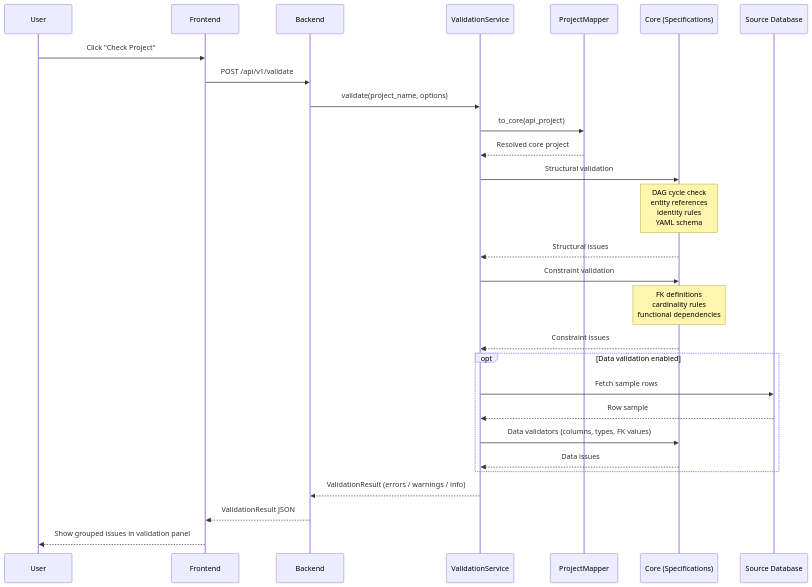
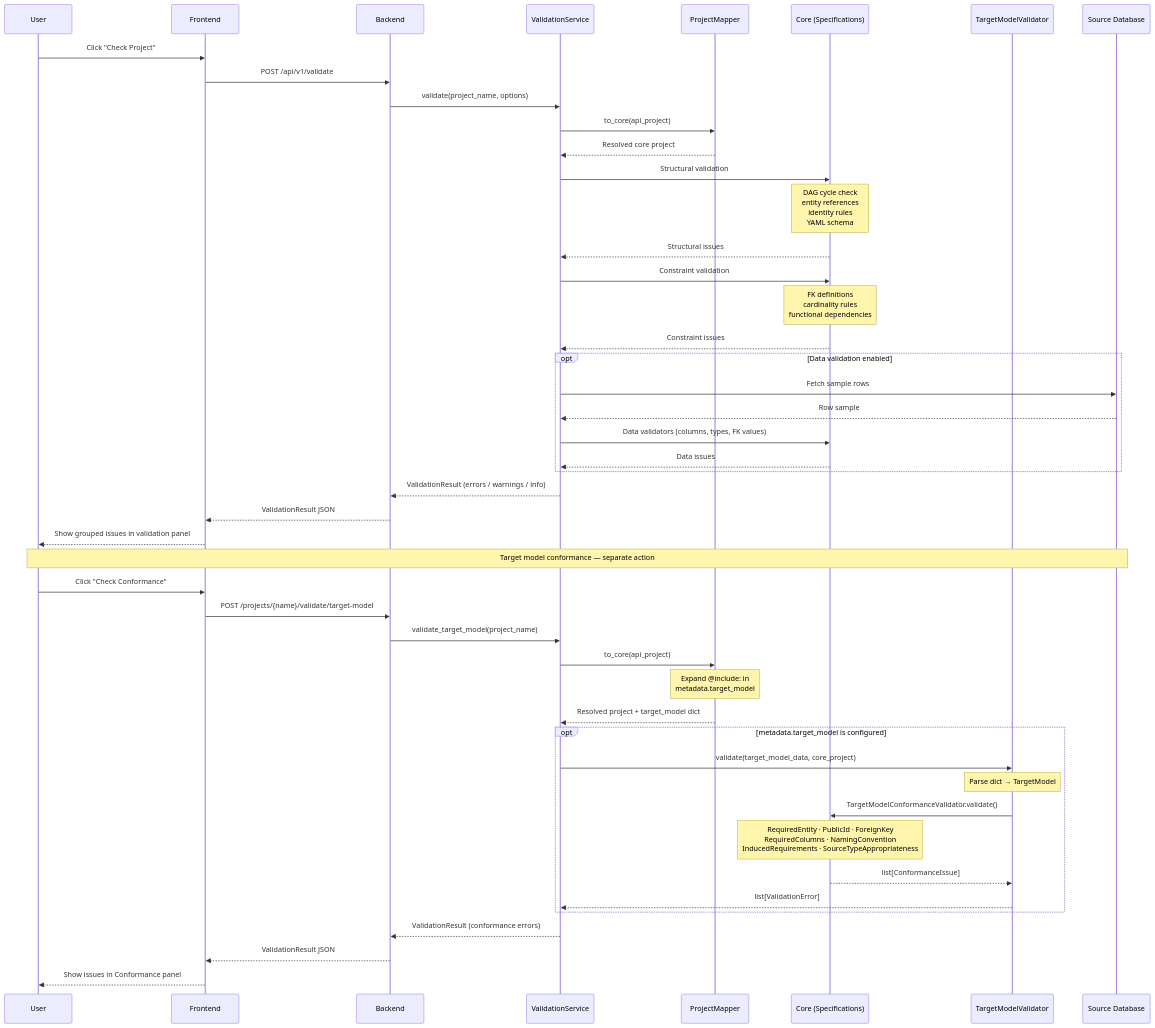
Diagram 15 of 24 in docs/DIAGRAMS.md (humlab-sead/sead_shape_shifter), drawn with Mermaid before and after one commit.

Commit message:
feat: add target model validation sequence to diagrams

````diff
--- a/docs/DIAGRAMS.md
+++ b/docs/DIAGRAMS.md
@@ -934,36 +934,59 @@
 ```mermaid
 sequenceDiagram
     participant U as User
     participant FE as Frontend
     participant BE as Backend
     participant VS as ValidationService
     participant PM as ProjectMapper
     participant CORE as Core (Specifications)
+    participant TMV as TargetModelValidator
     participant DB as Source Database
 
     U->>FE: Click "Check Project"
     FE->>BE: POST /api/v1/validate
     BE->>VS: validate(project_name, options)
 
     VS->>PM: to_core(api_project)
     PM-->>VS: Resolved core project
 
     VS->>CORE: Structural validation
     note over CORE: DAG cycle check<br/>entity references<br/>identity rules<br/>YAML schema
     CORE-->>VS: Structural issues
 
     VS->>CORE: Constraint validation
     note over CORE: FK definitions<br/>cardinality rules<br/>functional dependencies
     CORE-->>VS: Constraint issues
 
     opt Data validation enabled
         VS->>DB: Fetch sample rows
         DB-->>VS: Row sample
         VS->>CORE: Data validators (columns, types, FK values)
         CORE-->>VS: Data issues
     end
 
     VS-->>BE: ValidationResult (errors / warnings / info)
     BE-->>FE: ValidationResult JSON
     FE-->>U: Show grouped issues in validation panel
+
+    note over U,DB: Target model conformance — separate action
+
+    U->>FE: Click "Check Conformance"
+    FE->>BE: POST /projects/{name}/validate/target-model
+    BE->>VS: validate_target_model(project_name)
+    VS->>PM: to_core(api_project)
+    note over PM: Expand @include: in<br/>metadata.target_model
+    PM-->>VS: Resolved project + target_model dict
+
+    opt metadata.target_model is configured
+        VS->>TMV: validate(target_model_data, core_project)
+        note over TMV: Parse dict → TargetModel
+        TMV->>CORE: TargetModelConformanceValidator.validate()
+        note over CORE: RequiredEntity · PublicId · ForeignKey<br/>RequiredColumns · NamingConvention<br/>InducedRequirements · SourceTypeAppropriateness
+        CORE-->>TMV: list[ConformanceIssue]
+        TMV-->>VS: list[ValidationError]
+    end
+
+    VS-->>BE: ValidationResult (conformance errors)
+    BE-->>FE: ValidationResult JSON
+    FE-->>U: Show issues in Conformance panel
 ```
````
